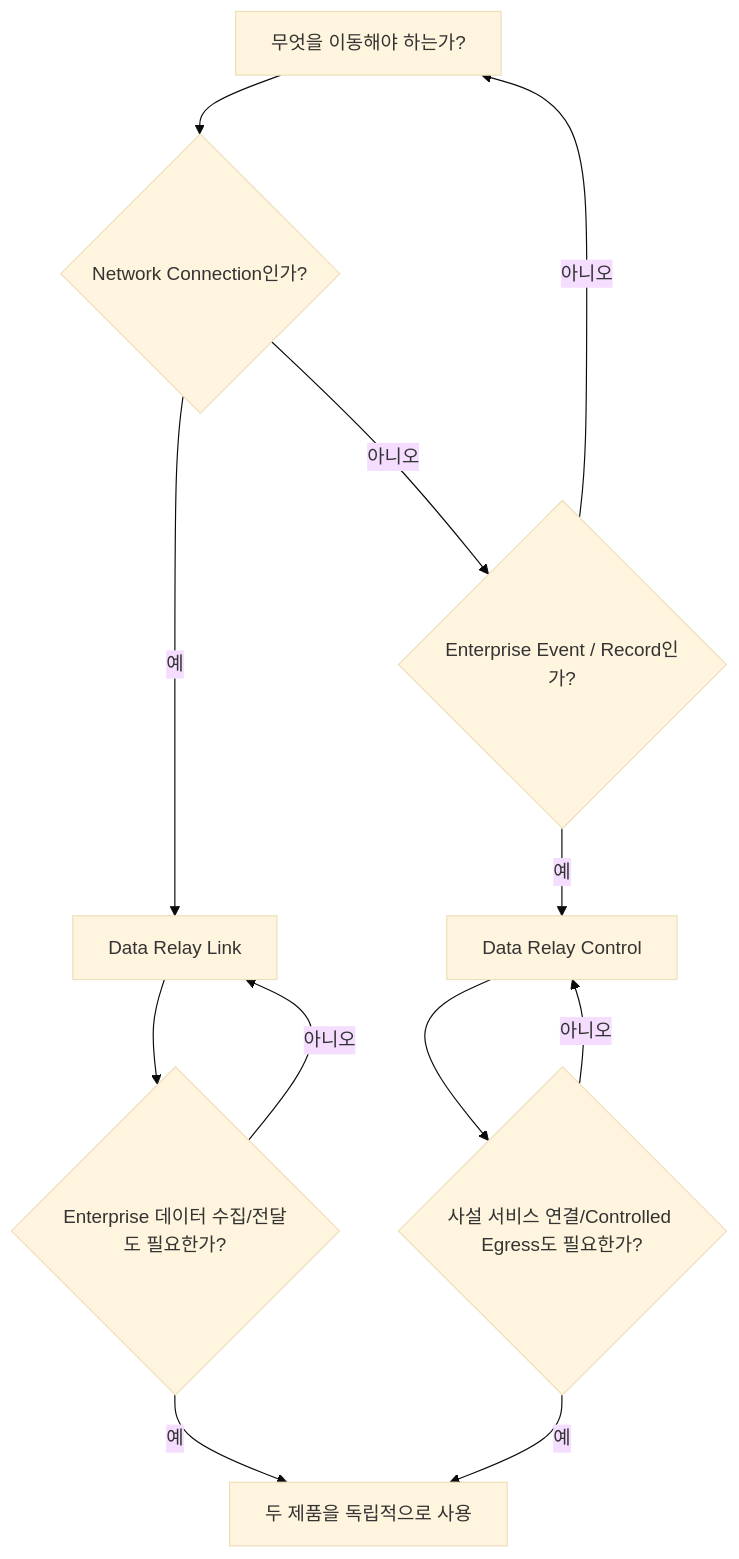
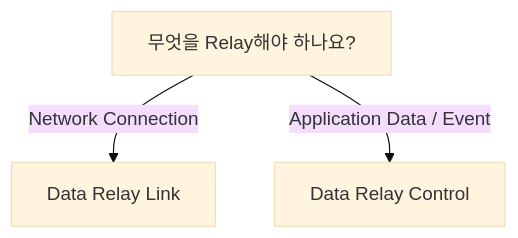
One commit to datarelay-labs/data-relay-docs changed the diagram in ko/getting-started/choose-a-product.mdx. Above: the diagram before and after it, drawn with Mermaid (base theme). The commit also changed other lines of this file and 12 other files, not shown here.

First line of the commit message:
Correct Data Relay Link and Control positioning

````diff
--- a/ko/getting-started/choose-a-product.mdx
+++ b/ko/getting-started/choose-a-product.mdx
@@ -10,21 +10,6 @@
 ```mermaid
 flowchart TD
-    A[무엇을 이동해야 하는가?]
-    B{Network Connection인가?}
-    C{Enterprise Event / Record인가?}
-    L[Data Relay Link]
-    D[Data Relay Control]
-    BOTH[두 제품을 독립적으로 사용]
-
-    A --> B
-    B -->|예| L
-    B -->|아니오| C
-    C -->|예| D
-    C -->|아니오| A
-    L --> Q{Enterprise 데이터 수집/전달도 필요한가?}
-    Q -->|예| BOTH
-    Q -->|아니오| L
-    D --> R{사설 서비스 연결/Controlled Egress도 필요한가?}
-    R -->|예| BOTH
-    R -->|아니오| D
+    A[무엇을 Relay해야 하나요?]
+    A -->|Network Connection| L[Data Relay Link]
+    A -->|Application Data / Event| C[Data Relay Control]
 ```
````
